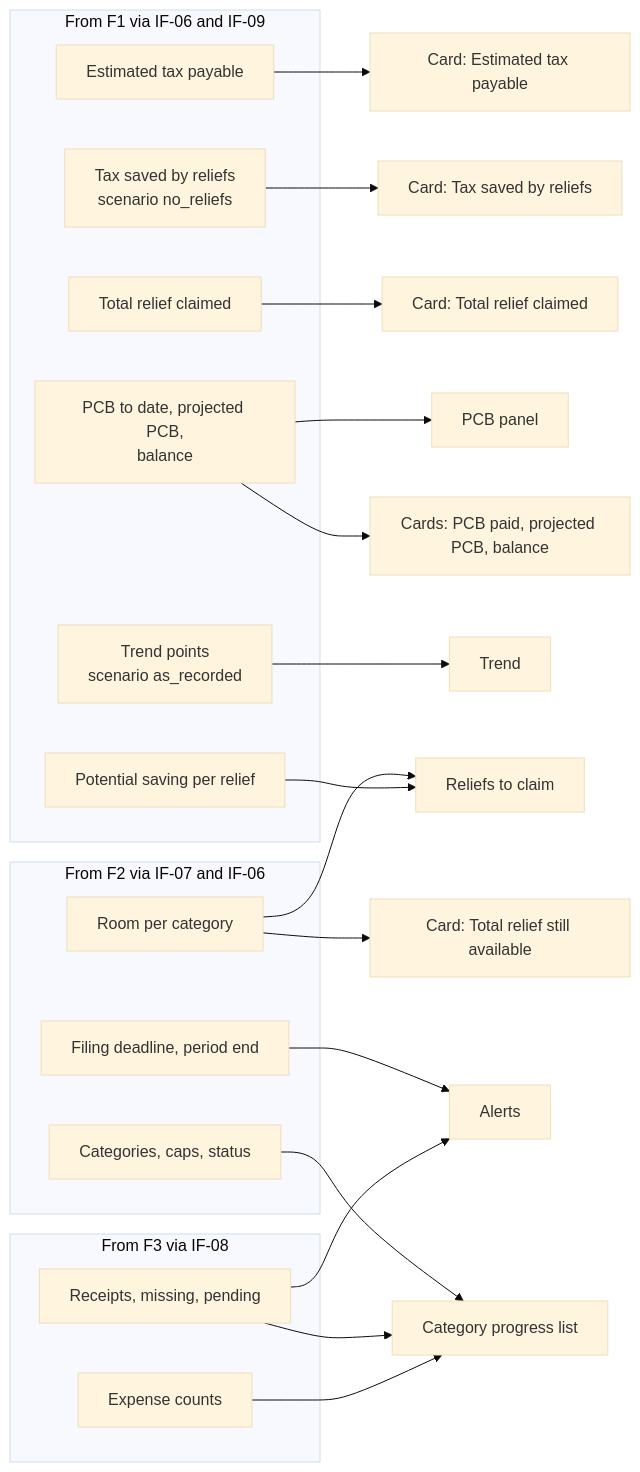
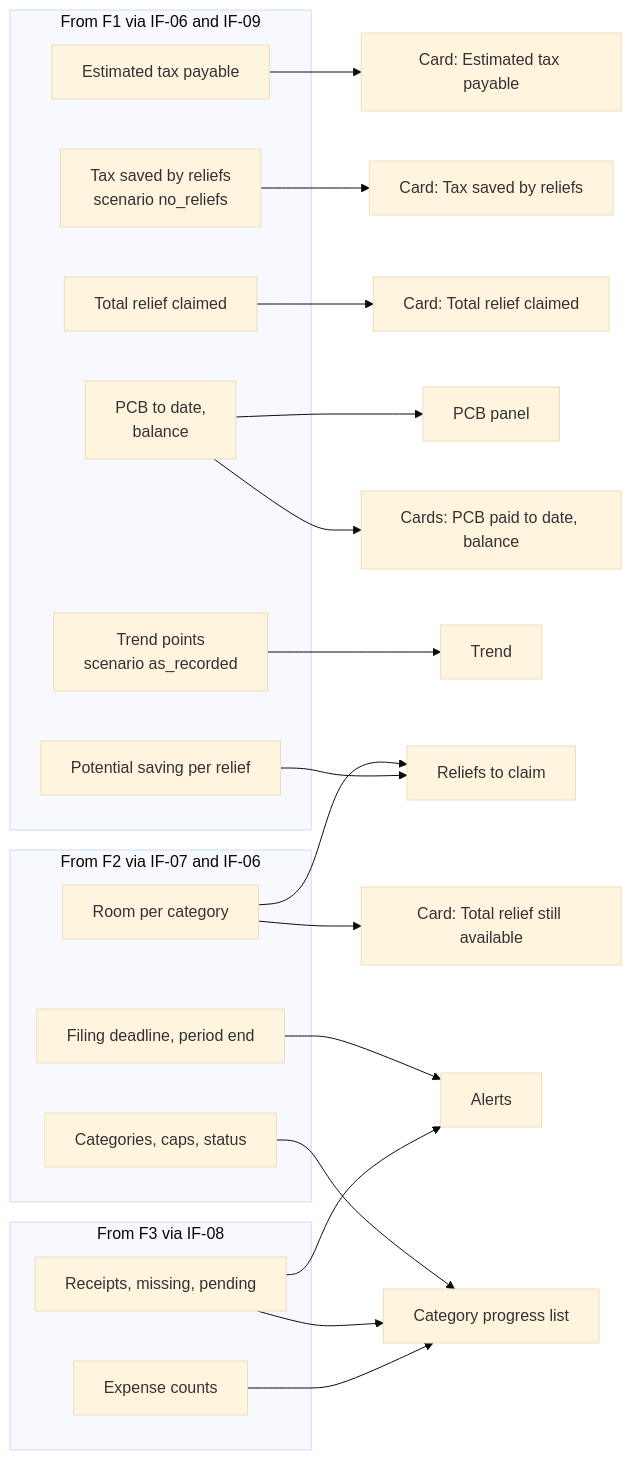
One commit to Juthyra/Tax-Relief-Manager-TRM- changed the seventh of 9 diagrams in docs/specs/URS_SRS_F4_Dashboard.md. Above: the diagram before and after it, drawn with Mermaid (base theme). The commit also changed other lines of this file and 16 other files, not shown here.

````diff
--- a/docs/specs/URS_SRS_F4_Dashboard.md
+++ b/docs/specs/URS_SRS_F4_Dashboard.md
@@ -242,34 +242,34 @@
 ```mermaid
 flowchart LR
   subgraph F1src["From F1 via IF-06 and IF-09"]
     T1["Estimated tax payable"]
     T2["Tax saved by reliefs<br/>scenario no_reliefs"]
     T3["Total relief claimed"]
-    T4["PCB to date, projected PCB,<br/>balance"]
+    T4["PCB to date,<br/>balance"]
     T5["Trend points<br/>scenario as_recorded"]
     T6["Potential saving per relief"]
   end
   subgraph F2src["From F2 via IF-07 and IF-06"]
     C1["Categories, caps, status"]
     C2["Room per category"]
     C3["Filing deadline, period end"]
   end
   subgraph F3src["From F3 via IF-08"]
     R1["Receipts, missing, pending"]
     R2["Expense counts"]
   end
   T1 --> K1["Card: Estimated tax payable"]
   T2 --> K2["Card: Tax saved by reliefs"]
   T3 --> K3["Card: Total relief claimed"]
   C2 --> K4["Card: Total relief still available"]
-  T4 --> K5["Cards: PCB paid, projected PCB, balance"]
+  T4 --> K5["Cards: PCB paid to date, balance"]
   C1 --> L1["Category progress list"]
   R1 --> L1
   R2 --> L1
   C2 --> L2["Reliefs to claim"]
   T6 --> L2
   C3 --> L3["Alerts"]
   R1 --> L3
   T4 --> P1["PCB panel"]
   T5 --> P2["Trend"]
 ```
````
